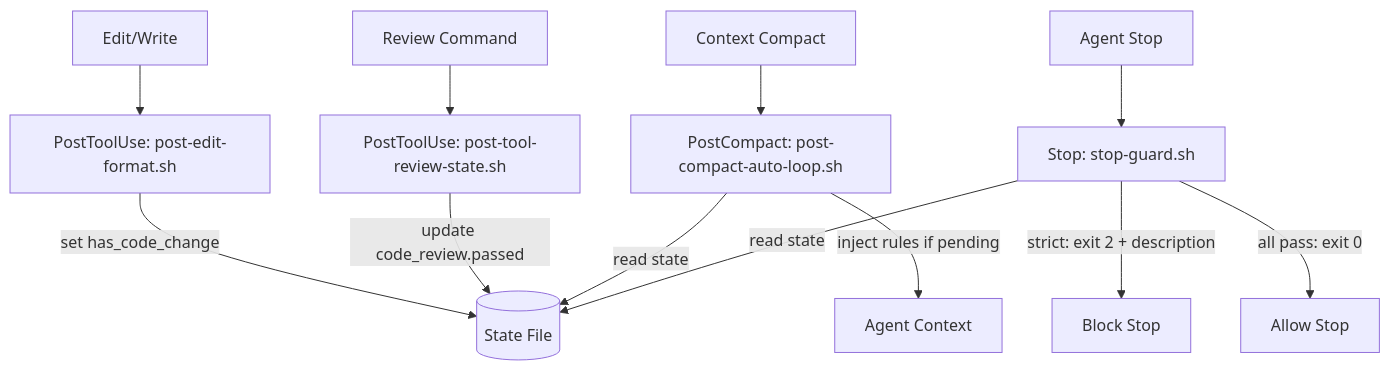
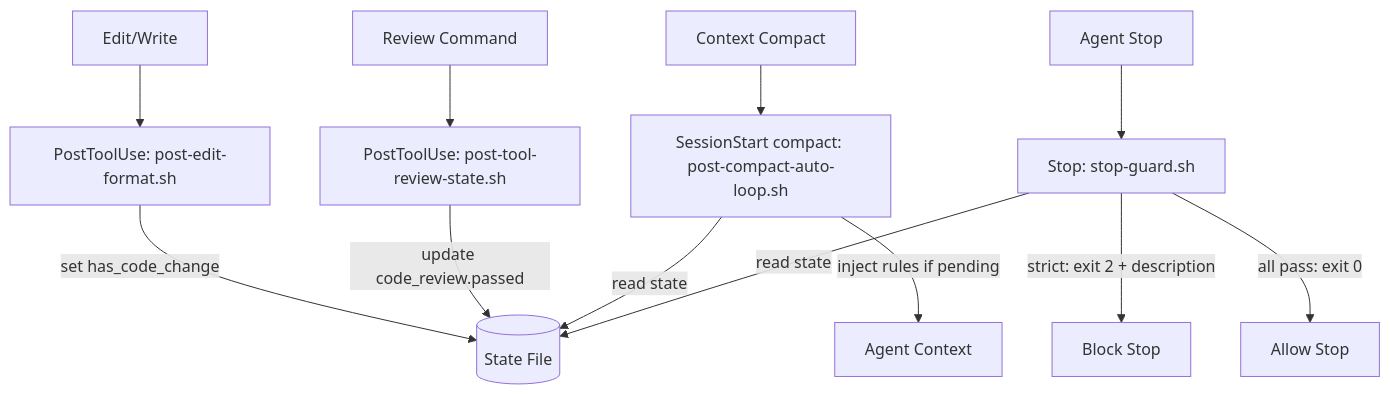
The diagram in docs/features/auto-loop-enforcement/2-tech-spec.md (jupiter-Pulin/Uranus-dev-flow), drawn with Mermaid before and after one commit. The commit also changed other lines of this file and 8 other files, not shown here.

First line of the commit message:
fix: Use SessionStart compact hook for auto-loop re-injection after compaction

````diff
--- a/docs/features/auto-loop-enforcement/2-tech-spec.md
+++ b/docs/features/auto-loop-enforcement/2-tech-spec.md
@@ -40,17 +40,17 @@
 ```mermaid
 flowchart TD
     E[Edit/Write] --> PT[PostToolUse: post-edit-format.sh]
     PT --> |set has_code_change| SF[(State File)]
 
     R[Review Command] --> PR[PostToolUse: post-tool-review-state.sh]
     PR --> |update code_review.passed| SF
 
-    C[Context Compact] --> PC[PostCompact: post-compact-auto-loop.sh]
+    C[Context Compact] --> PC[SessionStart compact: post-compact-auto-loop.sh]
     PC --> |read state| SF
     PC --> |inject rules if pending| CTX[Agent Context]
 
     S[Agent Stop] --> SG[Stop: stop-guard.sh]
     SG --> |read state| SF
     SG --> |strict: exit 2 + description| BLOCK[Block Stop]
     SG --> |all pass: exit 0| ALLOW[Allow Stop]
 ```
````
